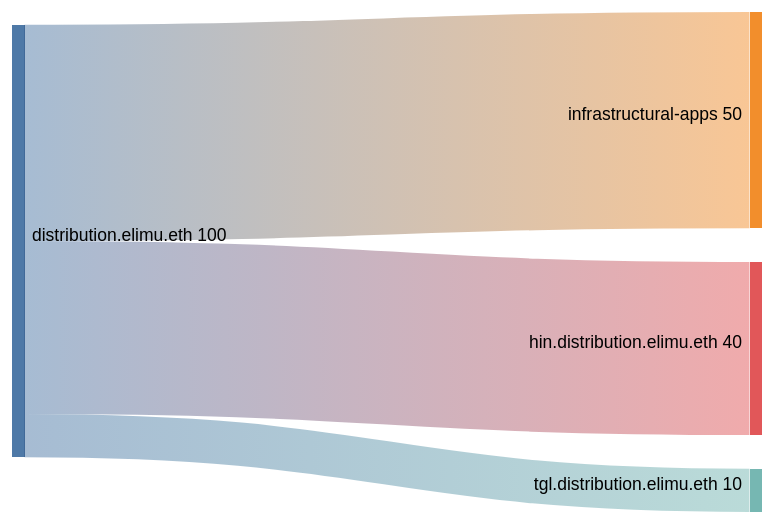
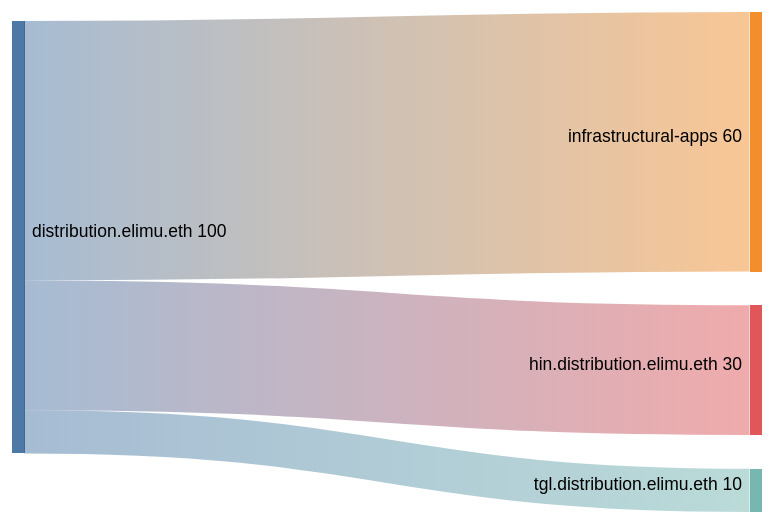
The third of 3 diagrams in DRIP_LIST_FUNDING_SPLITS.md (elimu-ai/web3-wiki), drawn with Mermaid (forest theme) before and after one commit.

Commit message:
Update DRIP_LIST_FUNDING_SPLITS.md
#66

````diff
--- a/DRIP_LIST_FUNDING_SPLITS.md
+++ b/DRIP_LIST_FUNDING_SPLITS.md
@@ -104,8 +104,8 @@
 ```mermaid
 sankey-beta
 
 %% source,target,value
-distribution.elimu.eth,infrastructural-apps,50
-distribution.elimu.eth,hin.distribution.elimu.eth,40
+distribution.elimu.eth,infrastructural-apps,60
+distribution.elimu.eth,hin.distribution.elimu.eth,30
 distribution.elimu.eth,tgl.distribution.elimu.eth,10
 ```
````
